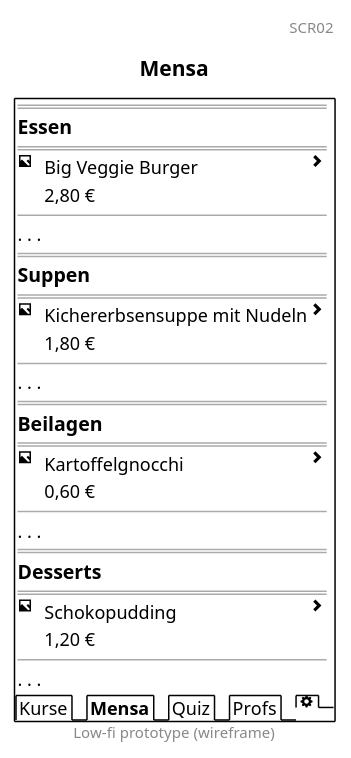
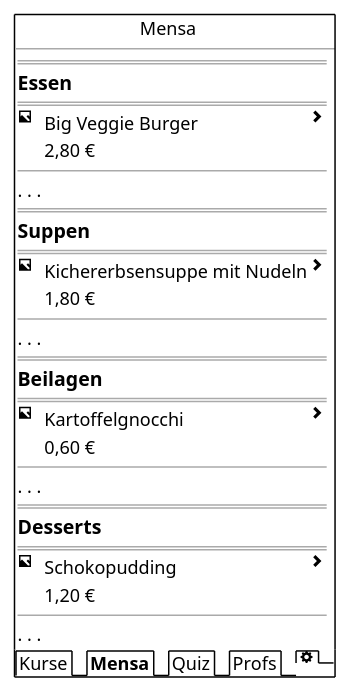
The diagram in scr2.pu (RobinNunkesser/plantuml), drawn with PlantUML before and after one commit. The commit also changed 6 other files, not shown here.

```diff
--- a/scr2.pu
+++ b/scr2.pu
@@ -1,38 +1,37 @@
 @startsalt
-title Mensa
-header SCR02
-footer Low-fi prototype (wireframe)
 {+
+""           "" Mensa
+--
 {
     == | * | * 
     === Essen | *
     == | * | *
     <&image> | Big Veggie Burger | <&chevron-right>
     . | 2,80 € | .
     -- | * | *
     . . .
     == | * | *
     === Suppen | *
     == | * | *
     <&image> | Kichererbsensuppe mit Nudeln | <&chevron-right>
     . | 1,80 € | .
     -- | * | *
     . . .
     == | * | *
     === Beilagen | *
     == | * | *
     <&image> | Kartoffelgnocchi | <&chevron-right>
     . | 0,60 € | .
     -- | * | *
     . . .
     == | * | *
     === Desserts | *
     == | * | *
     <&image> | Schokopudding | <&chevron-right>
     . | 1,20 € | .
     -- | * | *
     . . .
 }
 {/ Kurse | <b>Mensa | Quiz | Profs | <&cog> }
 }
 @endsalt
```
